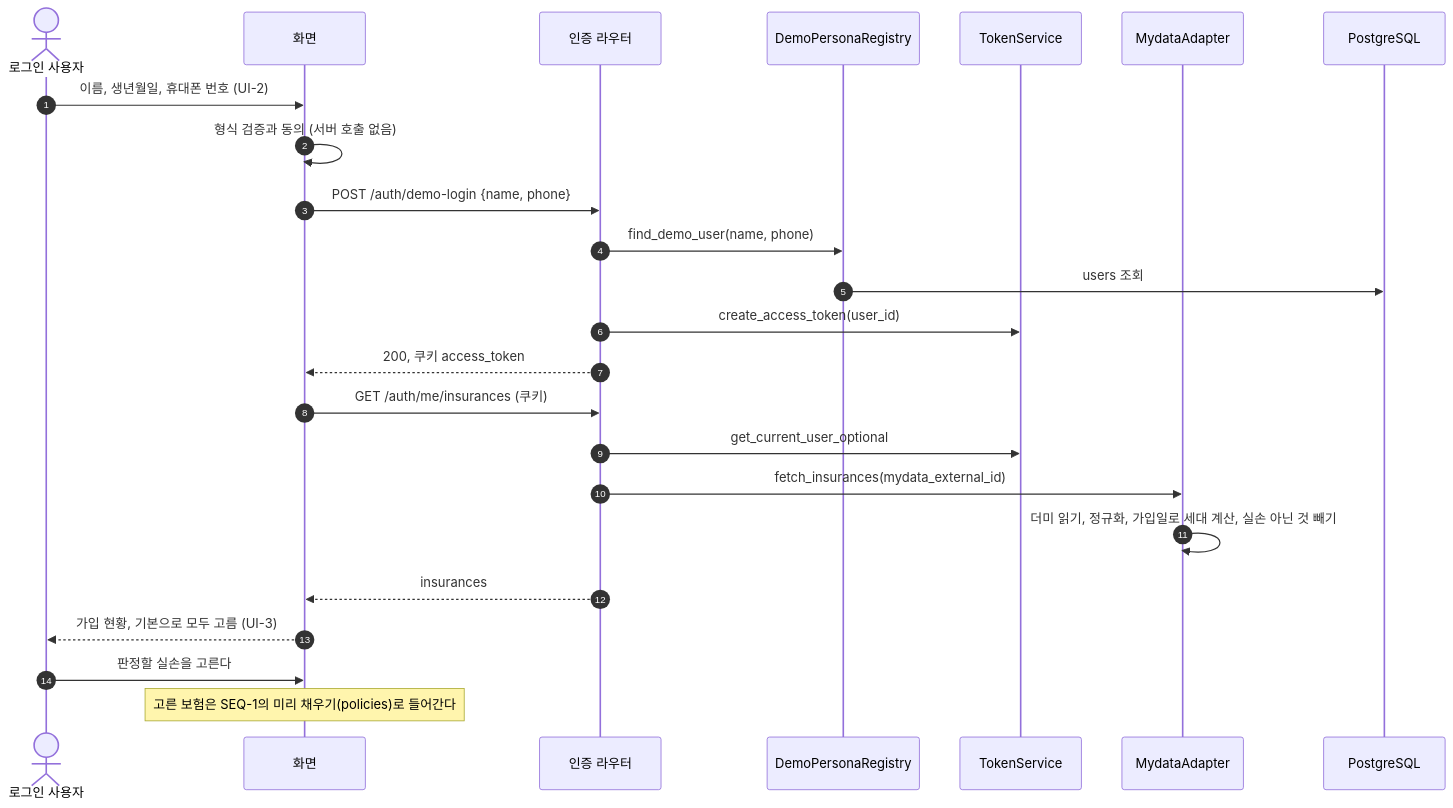
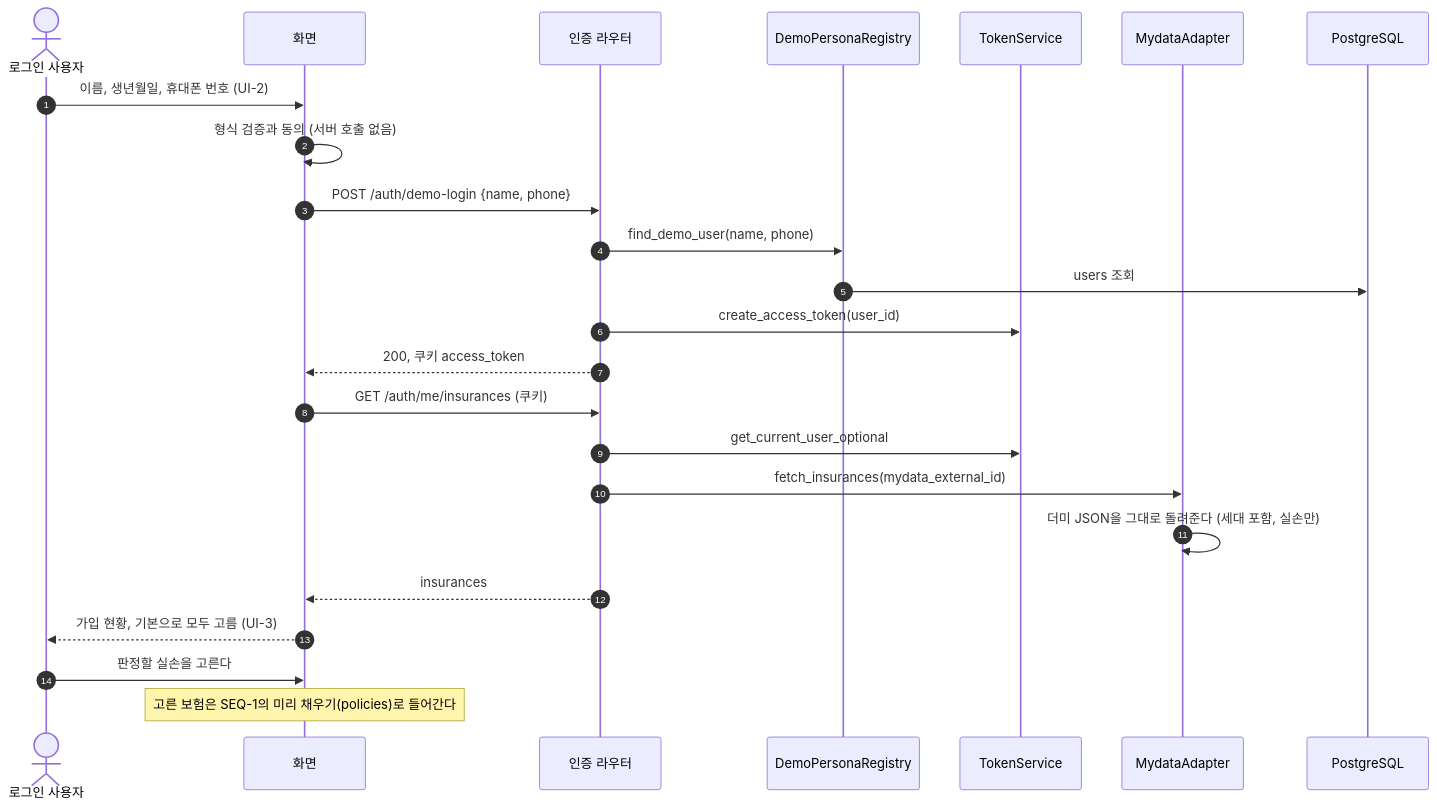
Before and after one commit to HoyoungParkme/Insurance-Helper: the fourth of 15 diagrams in docs/specs/09-SEQ/INS-SEQ-002.md, drawn with Mermaid. The commit also changed other lines of this file, not shown here.

````diff
--- a/docs/specs/09-SEQ/INS-SEQ-002.md
+++ b/docs/specs/09-SEQ/INS-SEQ-002.md
@@ -182,26 +182,26 @@
 ```mermaid
 sequenceDiagram
     autonumber
     actor U as 로그인 사용자
     participant FE as 화면
     participant R as 인증 라우터
     participant DP as DemoPersonaRegistry
     participant TK as TokenService
     participant MY as MydataAdapter
     participant PG as PostgreSQL
     U->>FE: 이름, 생년월일, 휴대폰 번호 (UI-2)
     FE->>FE: 형식 검증과 동의 (서버 호출 없음)
     FE->>R: POST /auth/demo-login {name, phone}
     R->>DP: find_demo_user(name, phone)
     DP->>PG: users 조회
     R->>TK: create_access_token(user_id)
     R-->>FE: 200, 쿠키 access_token
     FE->>R: GET /auth/me/insurances (쿠키)
     R->>TK: get_current_user_optional
     R->>MY: fetch_insurances(mydata_external_id)
-    MY->>MY: 더미 읽기, 정규화, 가입일로 세대 계산, 실손 아닌 것 빼기
+    MY->>MY: 더미 JSON을 그대로 돌려준다 (세대 포함, 실손만)
     R-->>FE: insurances
     FE-->>U: 가입 현황, 기본으로 모두 고름 (UI-3)
     U->>FE: 판정할 실손을 고른다
     Note over FE: 고른 보험은 SEQ-1의 미리 채우기(policies)로 들어간다
 ```
````
